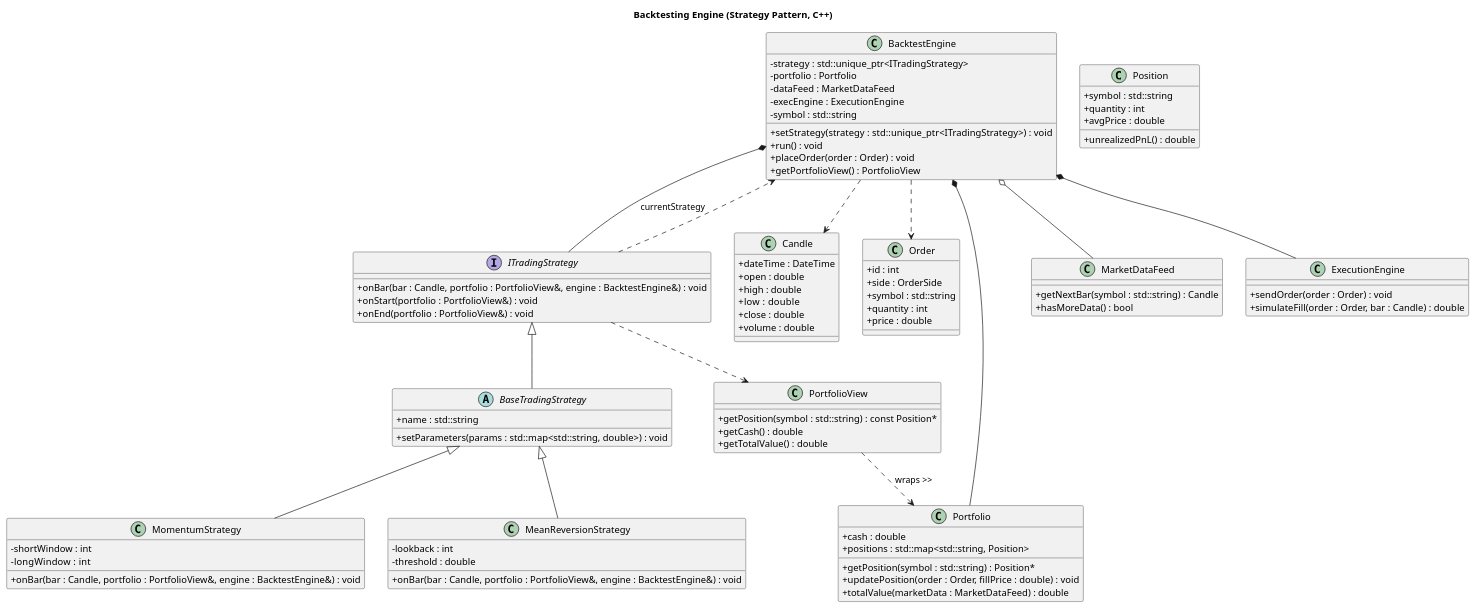
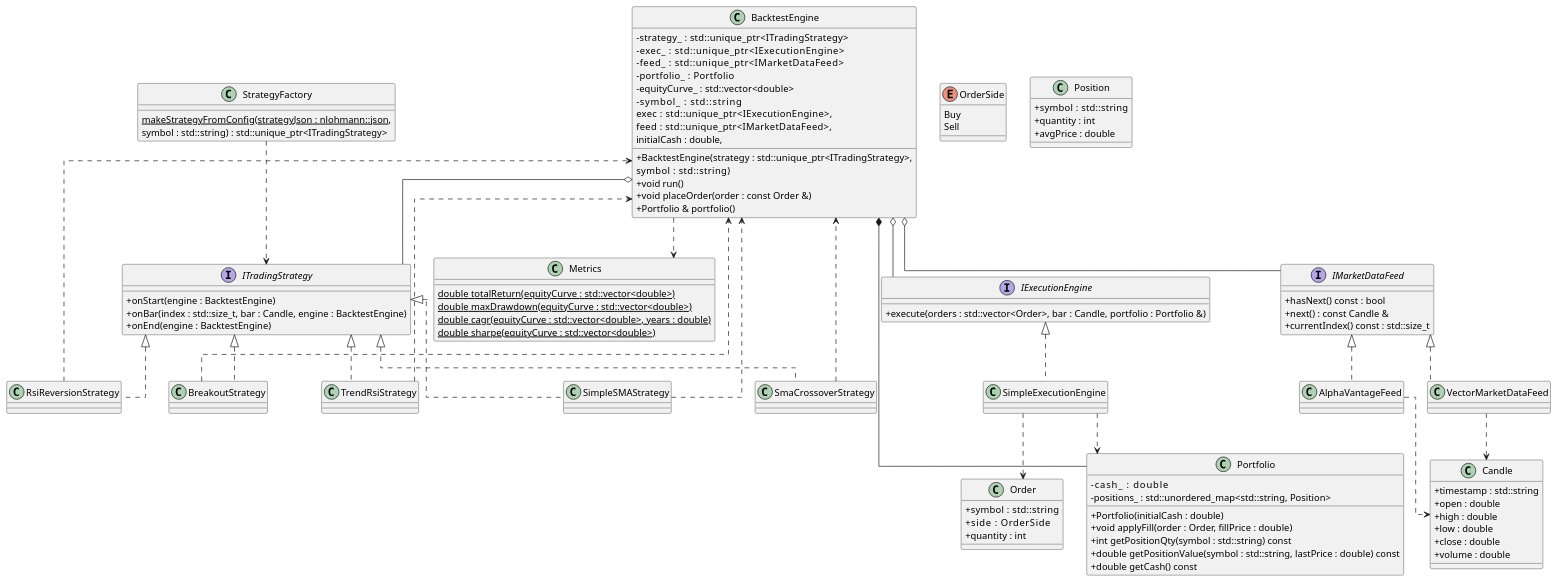
The diagram in backtestEngine.puml (lj314159/backTester), drawn with PlantUML before and after one commit.

Commit message:
updated plantuml file

```diff
--- a/backtestEngine.puml
+++ b/backtestEngine.puml
@@ -1,126 +1,160 @@
 @startuml
-skinparam backgroundColor white
 skinparam classAttributeIconSize 0
+skinparam linetype ortho
 
-title Backtesting Engine (Strategy Pattern, C++)
+' =========================
+'  Core types
+' =========================
+class Candle {
+  + timestamp : std::string
+  + open : double
+  + high : double
+  + low : double
+  + close : double
+  + volume : double
+}
 
-/'
-  - ITradingStrategy is the interface (abstract class in C++)
-  - BacktestEngine is the Context
-  - Concrete strategies implement onBar() etc.
-'/
-
-'-------------------------------------------------------
-' Core data structures
-'-------------------------------------------------------
-class Candle {
-    +dateTime : DateTime
-    +open : double
-    +high : double
-    +low  : double
-    +close : double
-    +volume : double
+enum OrderSide {
+  Buy
+  Sell
 }
 
 class Order {
-    +id : int
-    +side : OrderSide
-    +symbol : std::string
-    +quantity : int
-    +price : double
+  + symbol   : std::string
+  + side     : OrderSide
+  + quantity : int
 }
 
 class Position {
-    +symbol : std::string
-    +quantity : int
-    +avgPrice : double
-    +unrealizedPnL() : double
+  + symbol   : std::string
+  + quantity : int
+  + avgPrice : double
 }
 
 class Portfolio {
-    +cash : double
-    +positions : std::map<std::string, Position>
-    +getPosition(symbol : std::string) : Position*
-    +updatePosition(order : Order, fillPrice : double) : void
-    +totalValue(marketData : MarketDataFeed) : double
+  - cash_      : double
+  - positions_ : std::unordered_map<std::string, Position>
+  + Portfolio(initialCash : double)
+  + void applyFill(order : Order, fillPrice : double)
+  + int getPositionQty(symbol : std::string) const
+  + double getPositionValue(symbol : std::string, lastPrice : double) const
+  + double getCash() const
 }
 
-class PortfolioView {
-    +getPosition(symbol : std::string) : const Position*
-    +getCash() : double
-    +getTotalValue() : double
+' Metrics utility (static functions only)
+class Metrics {
+  {static} double totalReturn(equityCurve : std::vector<double>)
+  {static} double maxDrawdown(equityCurve : std::vector<double>)
+  {static} double cagr(equityCurve : std::vector<double>, years : double)
+  {static} double sharpe(equityCurve : std::vector<double>)
 }
 
-PortfolioView ..> Portfolio : wraps >>
+' Forward decl so interfaces can reference it
+class BacktestEngine
 
-class MarketDataFeed {
-    +getNextBar(symbol : std::string) : Candle
-    +hasMoreData() : bool
+' =========================
+'  Interfaces / abstract roles
+' =========================
+interface ITradingStrategy {
+  + onStart(engine : BacktestEngine)
+  + onBar(index : std::size_t, bar : Candle, engine : BacktestEngine)
+  + onEnd(engine : BacktestEngine)
 }
 
-class ExecutionEngine {
-    +sendOrder(order : Order) : void
-    +simulateFill(order : Order, bar : Candle) : double
+interface IExecutionEngine {
+  + execute(orders : std::vector<Order>, bar : Candle, portfolio : Portfolio &)
 }
 
-'-------------------------------------------------------
-' Strategy Interface + Implementations
-'-------------------------------------------------------
-interface ITradingStrategy {
-    +onBar(bar : Candle, portfolio : PortfolioView&, engine : BacktestEngine&) : void
-    +onStart(portfolio : PortfolioView&) : void
-    +onEnd(portfolio : PortfolioView&) : void
+interface IMarketDataFeed {
+  + hasNext() const : bool
+  + next() : const Candle &
+  + currentIndex() const : std::size_t
 }
 
-abstract class BaseTradingStrategy {
-    +name : std::string
-    +setParameters(params : std::map<std::string, double>) : void
+' =========================
+'  Core engine
+' =========================
+class BacktestEngine {
+  - strategy_     : std::unique_ptr<ITradingStrategy>
+  - exec_         : std::unique_ptr<IExecutionEngine>
+  - feed_         : std::unique_ptr<IMarketDataFeed>
+  - portfolio_    : Portfolio
+  - equityCurve_  : std::vector<double>
+  - symbol_       : std::string
+  + BacktestEngine(strategy  : std::unique_ptr<ITradingStrategy>,
+                   exec      : std::unique_ptr<IExecutionEngine>,
+                   feed      : std::unique_ptr<IMarketDataFeed>,
+                   initialCash : double,
+                   symbol    : std::string)
+  + void run()
+  + void placeOrder(order : const Order &)
+  + Portfolio & portfolio()
 }
 
-ITradingStrategy <|-- BaseTradingStrategy
+' =========================
+'  Strategies
+' =========================
+class SimpleSMAStrategy
+class SmaCrossoverStrategy
+class RsiReversionStrategy
+class BreakoutStrategy
+class TrendRsiStrategy
 
-class MeanReversionStrategy {
-    -lookback : int
-    -threshold : double
-    +onBar(bar : Candle, portfolio : PortfolioView&, engine : BacktestEngine&) : void
+ITradingStrategy <|.. SimpleSMAStrategy
+ITradingStrategy <|.. SmaCrossoverStrategy
+ITradingStrategy <|.. RsiReversionStrategy
+ITradingStrategy <|.. BreakoutStrategy
+ITradingStrategy <|.. TrendRsiStrategy
+
+' Each strategy talks back to the engine and portfolio
+SimpleSMAStrategy ..> BacktestEngine
+SmaCrossoverStrategy ..> BacktestEngine
+RsiReversionStrategy ..> BacktestEngine
+BreakoutStrategy ..> BacktestEngine
+TrendRsiStrategy ..> BacktestEngine
+
+' =========================
+'  Execution engine
+' =========================
+class SimpleExecutionEngine
+
+IExecutionEngine <|.. SimpleExecutionEngine
+SimpleExecutionEngine ..> Portfolio
+SimpleExecutionEngine ..> Order
+
+' =========================
+'  Market data feeds
+' =========================
+class AlphaVantageFeed
+class VectorMarketDataFeed
+
+IMarketDataFeed <|.. AlphaVantageFeed
+IMarketDataFeed <|.. VectorMarketDataFeed
+AlphaVantageFeed ..> Candle
+VectorMarketDataFeed ..> Candle
+
+' =========================
+'  Strategy factory
+' =========================
+class StrategyFactory {
+  {static} makeStrategyFromConfig(strategyJson : nlohmann::json,
+                                  symbol : std::string) : std::unique_ptr<ITradingStrategy>
 }
 
-class MomentumStrategy {
-    -shortWindow : int
-    -longWindow  : int
-    +onBar(bar : Candle, portfolio : PortfolioView&, engine : BacktestEngine&) : void
-}
+StrategyFactory ..> ITradingStrategy
 
-BaseTradingStrategy <|-- MeanReversionStrategy
-BaseTradingStrategy <|-- MomentumStrategy
+' =========================
+'  Relationships from engine
+' =========================
+' Composition: engine owns its Portfolio
+BacktestEngine *-- Portfolio
 
-'-------------------------------------------------------
-' Backtesting Context
-'-------------------------------------------------------
-class BacktestEngine {
-    -strategy : std::unique_ptr<ITradingStrategy>
-    -portfolio : Portfolio
-    -dataFeed : MarketDataFeed
-    -execEngine : ExecutionEngine
-    -symbol : std::string
+' Aggregation: engine holds strategy / execution / feed via unique_ptr
+BacktestEngine o-- ITradingStrategy
+BacktestEngine o-- IExecutionEngine
+BacktestEngine o-- IMarketDataFeed
 
-    +setStrategy(strategy : std::unique_ptr<ITradingStrategy>) : void
-    +run() : void
-    +placeOrder(order : Order) : void
-    +getPortfolioView() : PortfolioView
-}
-
-'-------------------------------------------------------
-' Relationships
-'-------------------------------------------------------
-BacktestEngine *-- Portfolio
-BacktestEngine *-- ExecutionEngine
-BacktestEngine o-- MarketDataFeed
-BacktestEngine *-- ITradingStrategy : currentStrategy
-
-ITradingStrategy ..> PortfolioView
-ITradingStrategy ..> BacktestEngine
-BacktestEngine ..> Candle
-BacktestEngine ..> Order
+' Engine uses Metrics to compute performance
+BacktestEngine ..> Metrics
 
 @enduml
```
